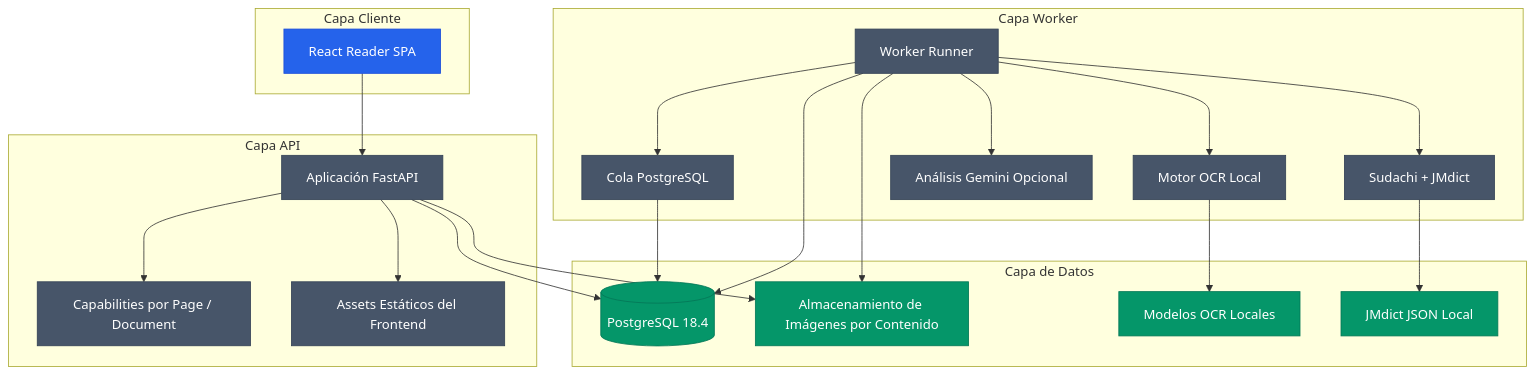
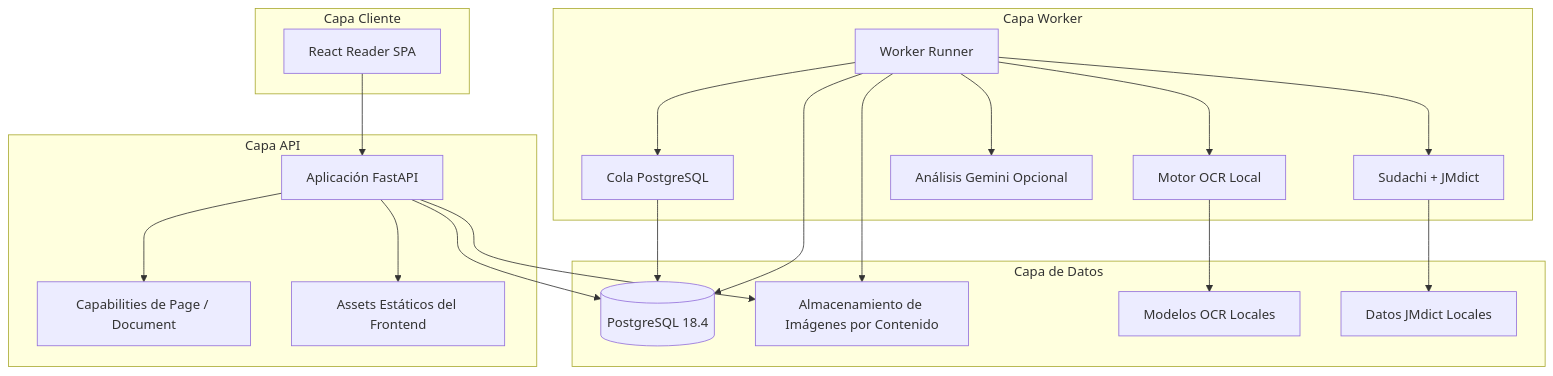
One commit to Gyliardson/mangasensei changed the diagram in README.es.md. Above: the diagram before and after it, drawn with Mermaid. The commit also changed other lines of this file, not shown here.

````diff
--- a/README.es.md
+++ b/README.es.md
@@ -56,44 +233,38 @@
 ```mermaid
 flowchart TD
     subgraph Cliente["Capa Cliente"]
         Browser["React Reader SPA"]
     end
     subgraph API["Capa API"]
         FastAPI["Aplicación FastAPI"]
-        Capabilities["Capabilities por Page / Document"]
+        Capabilities["Capabilities de Page / Document"]
         Static["Assets Estáticos del Frontend"]
     end
     subgraph Worker["Capa Worker"]
         Runner["Worker Runner"]
         Queue["Cola PostgreSQL"]
         OCR["Motor OCR Local"]
         Linguistics["Sudachi + JMdict"]
         Gemini["Análisis Gemini Opcional"]
     end
     subgraph Storage["Capa de Datos"]
         DB[("PostgreSQL 18.4")]
         Files["Almacenamiento de Imágenes por Contenido"]
         Models["Modelos OCR Locales"]
-        Dictionary["JMdict JSON Local"]
+        Dictionary["Datos JMdict Locales"]
     end
     Browser --> FastAPI
     FastAPI --> Capabilities
     FastAPI --> Static
     FastAPI --> DB
     FastAPI --> Files
+    Runner --> Queue
     Queue --> DB
-    Runner --> Queue
     Runner --> OCR
     Runner --> Linguistics
     Runner --> Gemini
     OCR --> Models
     Linguistics --> Dictionary
     Runner --> DB
     Runner --> Files
-    classDef client fill:#2563eb,stroke:#1d4ed8,color:#ffffff;
-    classDef service fill:#475569,stroke:#334155,color:#ffffff;
-    classDef data fill:#059669,stroke:#047857,color:#ffffff;
-    class Browser client;
-    class FastAPI,Capabilities,Static,Runner,Queue,OCR,Linguistics,Gemini service;
-    class DB,Files,Models,Dictionary data;
 ```
````
